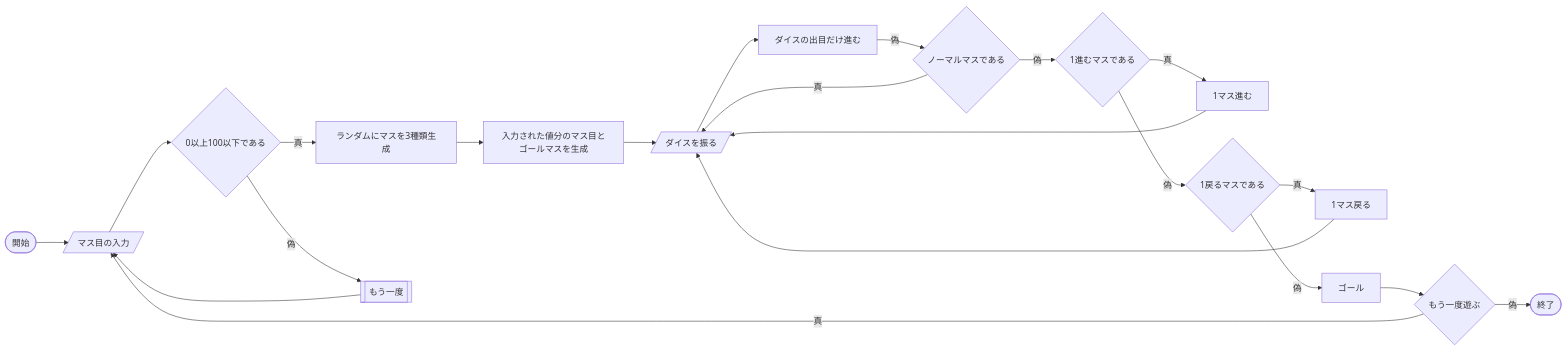
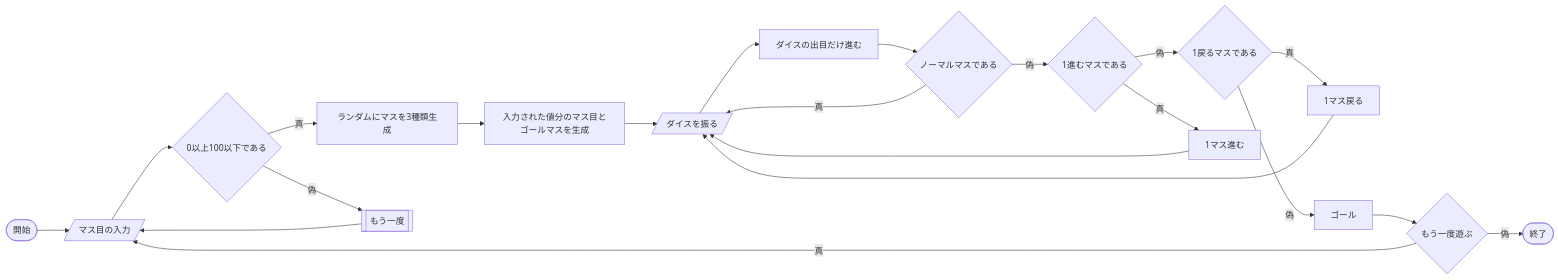
One commit to tpu-game-2022/mermaid_test changed the diagram in README.md. Above: the diagram before and after it, drawn with Mermaid.

````diff
--- a/README.md
+++ b/README.md
@@ -21,24 +21,24 @@
 ```mermaid
 flowchart LR;
   A([開始]) --> B[/マス目の入力/];
   B --> C{0以上100以下である}
   C --真--> E[ランダムにマスを3種類生成];
   C --偽--> D[[もう一度]];
   D --> B;
   E --> F[入力された値分のマス目とゴールマスを生成];
   F --> G[/ダイスを振る/];
   G --> P[ダイスの出目だけ進む];
-  P --偽--> I{ノーマルマスである}
+  P --> I{ノーマルマスである}
   I --真--> G;
   I --偽--> J{1進むマスである}
+  J --偽--> K{1戻るマスである};
   J --真--> O[1マス進む];
   O --> G;
-  J --偽--> K{1戻るマスである};
   K --真--> Q[1マス戻る];
   Q --> G;
   K --偽--> H[ゴール];
   H --> M{もう一度遊ぶ}
   M --真--> B;
   M --偽--> N([終了]);
   
 ```
````
